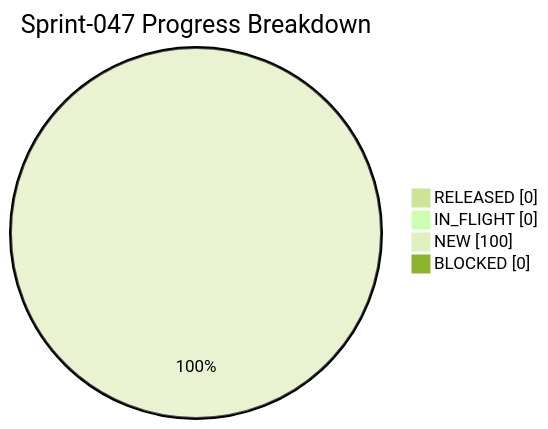
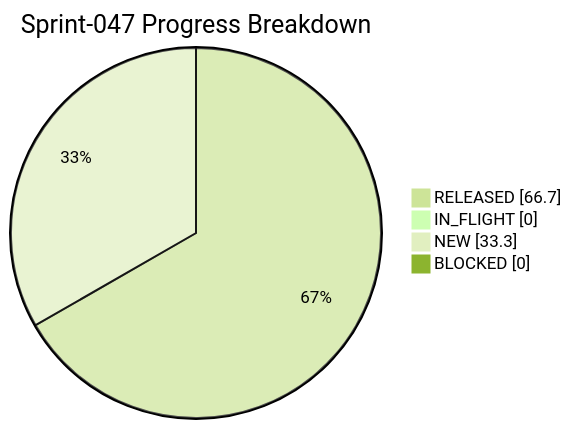
Before and after one commit to famatyyk/CTOAi: the diagram in docs/history/sprints/SPRINT-047-PROGRESS.md, drawn with Mermaid (forest theme). The commit also changed other lines of this file and 16 other files, not shown here.

````diff
--- a/docs/history/sprints/SPRINT-047-PROGRESS.md
+++ b/docs/history/sprints/SPRINT-047-PROGRESS.md
@@ -8,8 +8,8 @@
 ```mermaid
 pie showData
     title Sprint-047 Progress Breakdown
-    "RELEASED" : 0.0
+    "RELEASED" : 66.7
     "IN_FLIGHT" : 0.0
-    "NEW" : 100.0
+    "NEW" : 33.3
     "BLOCKED" : 0.0
 ```
````
